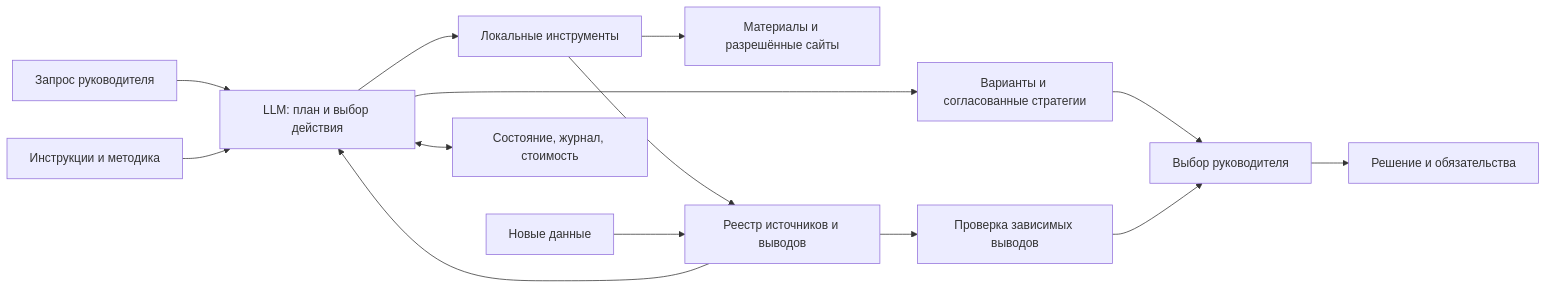
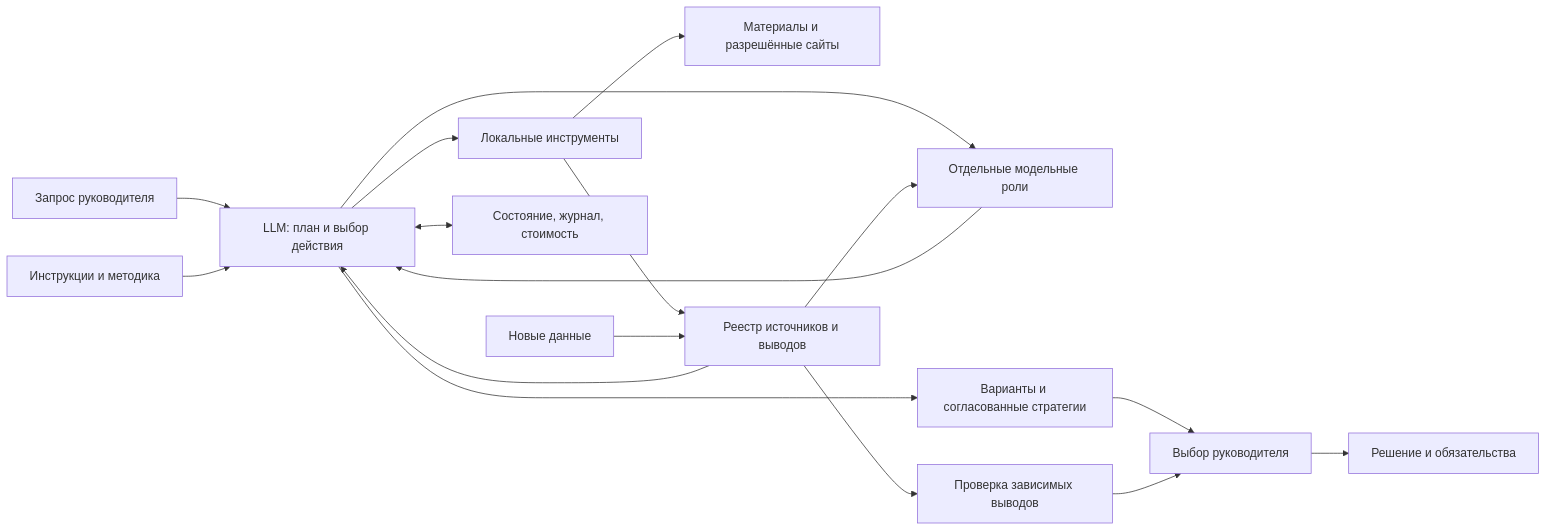
One commit to temurysega/product-strategy-agent changed the diagram in docs/ARCHITECTURE.md. Above: the diagram before and after it, drawn with Mermaid. The commit also changed other lines of this file and 89 other files, not shown here.

````diff
--- a/docs/ARCHITECTURE.md
+++ b/docs/ARCHITECTURE.md
@@ -7,16 +7,19 @@
 ```mermaid
 flowchart LR
     U[Запрос руководителя] --> A[LLM: план и выбор действия]
     I[Инструкции и методика] --> A
     A --> T[Локальные инструменты]
     T --> S[Материалы и разрешённые сайты]
     T --> E[Реестр источников и выводов]
     E --> A
+    A --> X[Отдельные модельные роли]
+    E --> X
+    X --> A
     A --> R[Варианты и согласованные стратегии]
     R --> H[Выбор руководителя]
     H --> D[Решение и обязательства]
     N[Новые данные] --> E
     E --> V[Проверка зависимых выводов]
     V --> H
     A <--> C[Состояние, журнал, стоимость]
 ```
````
